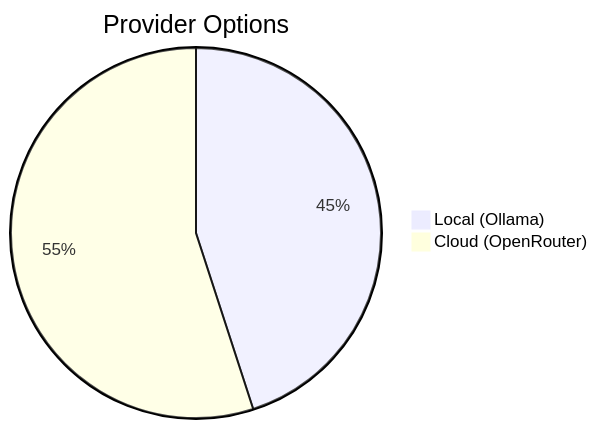
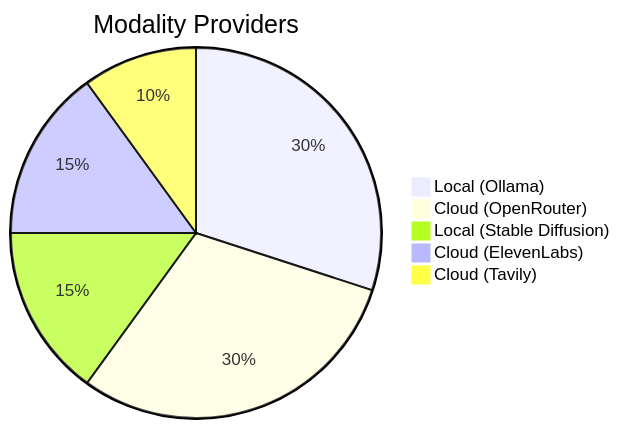
One commit to BenevolenceMessiah/multimodal-discord-bot changed the second of 2 diagrams in README.md. Above: the diagram before and after it, drawn with Mermaid. The commit also changed other lines of this file and 10 other files, not shown here.

Commit message:
Fix Stable Diffusion FLUX API issues.

````diff
--- a/README.md
+++ b/README.md
@@ -167,6 +189,9 @@
 ```mermaid
 pie
-    title Provider Options
-    "Local (Ollama)": 45
-    "Cloud (OpenRouter)": 55
-```
+    title Modality Providers
+    "Local (Ollama)": 30
+    "Cloud (OpenRouter)": 30
+    "Local (Stable Diffusion)": 15
+    "Cloud (ElevenLabs)": 15
+    "Cloud (Tavily)": 10
+```  
````
